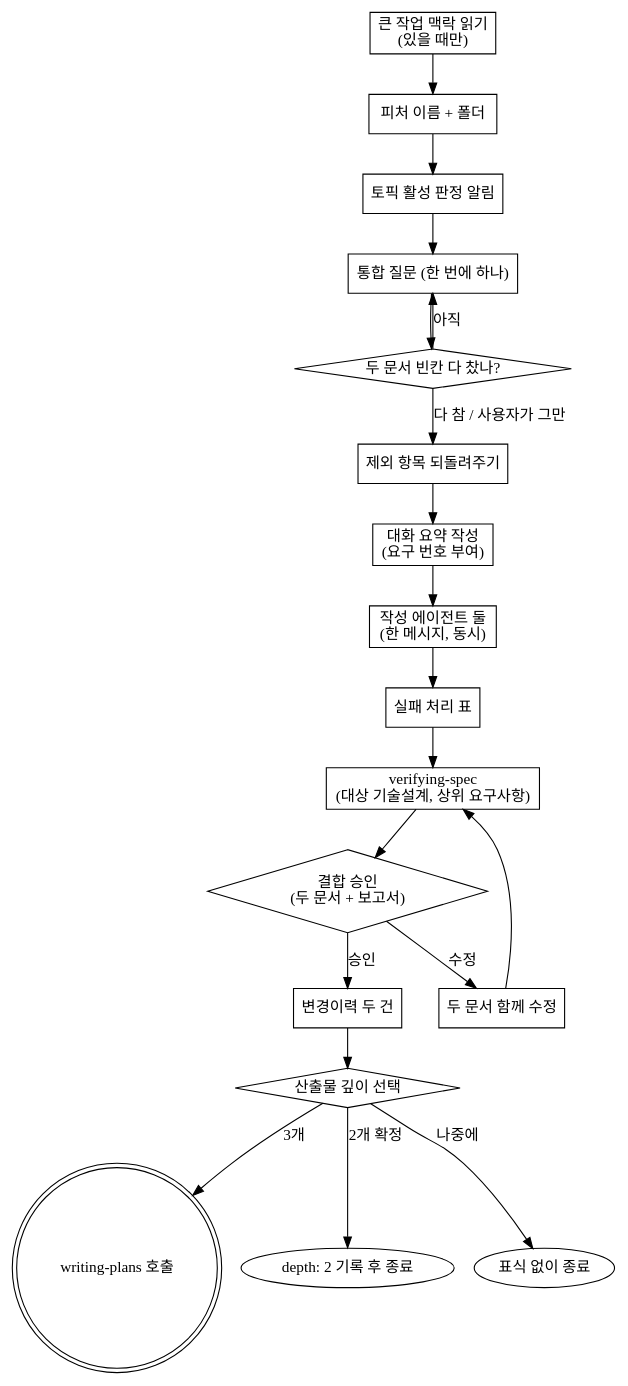
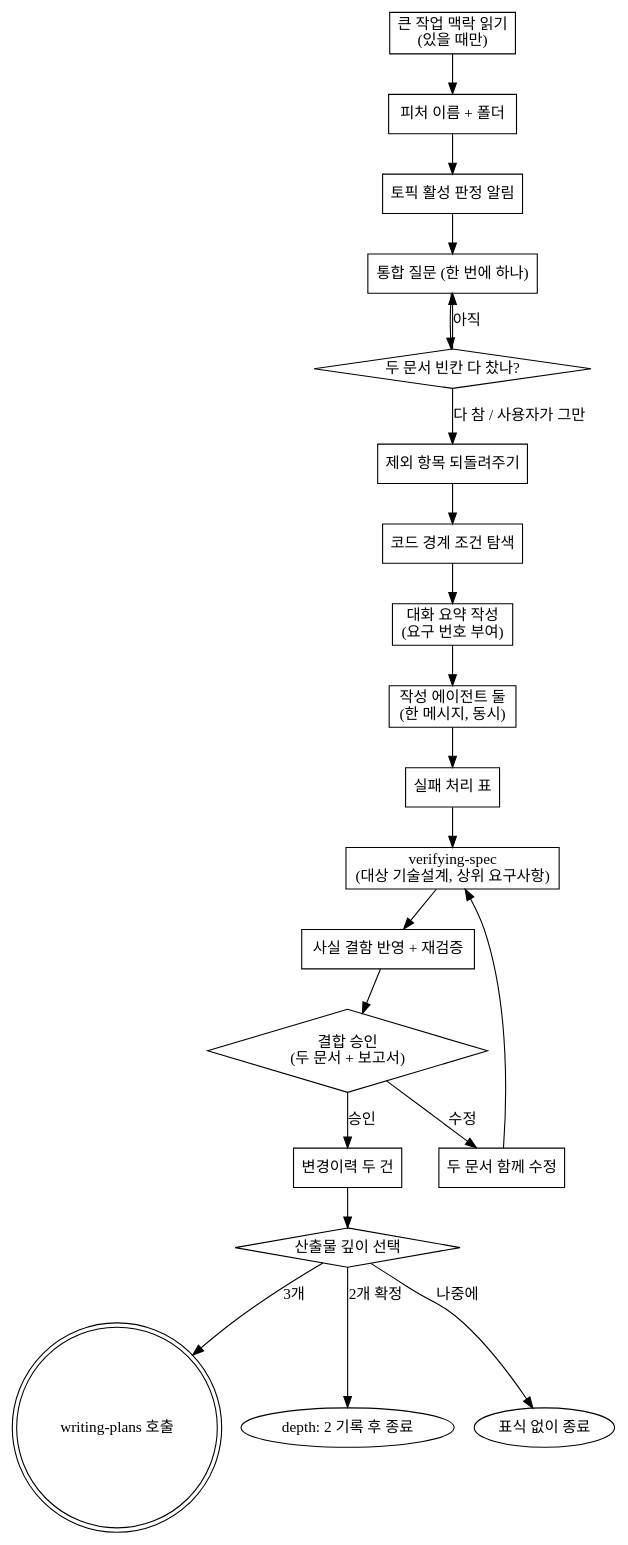
The diagram in skills/paired-spec-writing/SKILL.md (LonerStayle/js-super), drawn with Graphviz before and after one commit. The commit also changed other lines of this file and 4 other files, not shown here.

````diff
--- a/skills/paired-spec-writing/SKILL.md
+++ b/skills/paired-spec-writing/SKILL.md
@@ -59,40 +61,44 @@
 ```dot
 digraph paired_spec_flow {
     "큰 작업 맥락 읽기\n(있을 때만)" [shape=box];
     "피처 이름 + 폴더" [shape=box];
     "토픽 활성 판정 알림" [shape=box];
     "통합 질문 (한 번에 하나)" [shape=box];
     "두 문서 빈칸 다 찼나?" [shape=diamond];
     "제외 항목 되돌려주기" [shape=box];
+    "코드 경계 조건 탐색" [shape=box];
     "대화 요약 작성\n(요구 번호 부여)" [shape=box];
     "작성 에이전트 둘\n(한 메시지, 동시)" [shape=box];
     "실패 처리 표" [shape=box];
     "verifying-spec\n(대상 기술설계, 상위 요구사항)" [shape=box];
+    "사실 결함 반영 + 재검증" [shape=box];
     "결합 승인\n(두 문서 + 보고서)" [shape=diamond];
     "두 문서 함께 수정" [shape=box];
     "변경이력 두 건" [shape=box];
     "산출물 깊이 선택" [shape=diamond];
     "writing-plans 호출" [shape=doublecircle];
     "depth: 2 기록 후 종료" [shape=oval];
     "표식 없이 종료" [shape=oval];
 
     "큰 작업 맥락 읽기\n(있을 때만)" -> "피처 이름 + 폴더";
     "피처 이름 + 폴더" -> "토픽 활성 판정 알림";
     "토픽 활성 판정 알림" -> "통합 질문 (한 번에 하나)";
     "통합 질문 (한 번에 하나)" -> "두 문서 빈칸 다 찼나?";
     "두 문서 빈칸 다 찼나?" -> "통합 질문 (한 번에 하나)" [label="아직"];
     "두 문서 빈칸 다 찼나?" -> "제외 항목 되돌려주기" [label="다 참 / 사용자가 그만"];
-    "제외 항목 되돌려주기" -> "대화 요약 작성\n(요구 번호 부여)";
+    "제외 항목 되돌려주기" -> "코드 경계 조건 탐색";
+    "코드 경계 조건 탐색" -> "대화 요약 작성\n(요구 번호 부여)";
     "대화 요약 작성\n(요구 번호 부여)" -> "작성 에이전트 둘\n(한 메시지, 동시)";
     "작성 에이전트 둘\n(한 메시지, 동시)" -> "실패 처리 표";
     "실패 처리 표" -> "verifying-spec\n(대상 기술설계, 상위 요구사항)";
-    "verifying-spec\n(대상 기술설계, 상위 요구사항)" -> "결합 승인\n(두 문서 + 보고서)";
+    "verifying-spec\n(대상 기술설계, 상위 요구사항)" -> "사실 결함 반영 + 재검증";
+    "사실 결함 반영 + 재검증" -> "결합 승인\n(두 문서 + 보고서)";
     "결합 승인\n(두 문서 + 보고서)" -> "두 문서 함께 수정" [label="수정"];
     "두 문서 함께 수정" -> "verifying-spec\n(대상 기술설계, 상위 요구사항)";
     "결합 승인\n(두 문서 + 보고서)" -> "변경이력 두 건" [label="승인"];
     "변경이력 두 건" -> "산출물 깊이 선택";
     "산출물 깊이 선택" -> "writing-plans 호출" [label="3개"];
     "산출물 깊이 선택" -> "depth: 2 기록 후 종료" [label="2개 확정"];
     "산출물 깊이 선택" -> "표식 없이 종료" [label="나중에"];
 }
 ```
````
